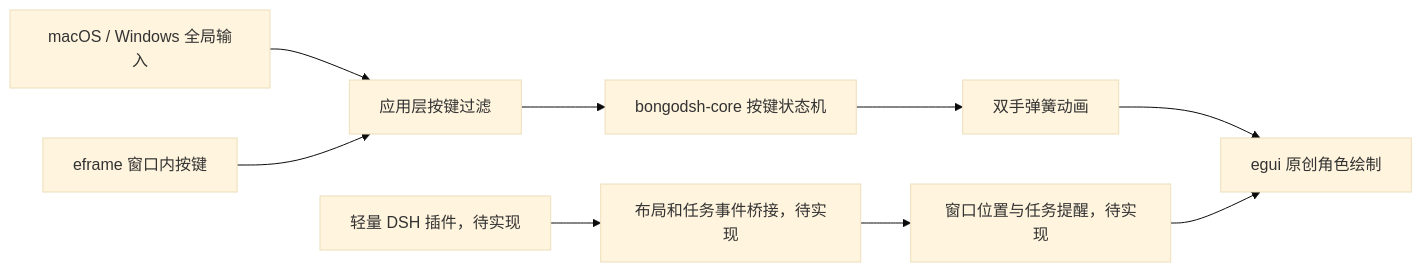
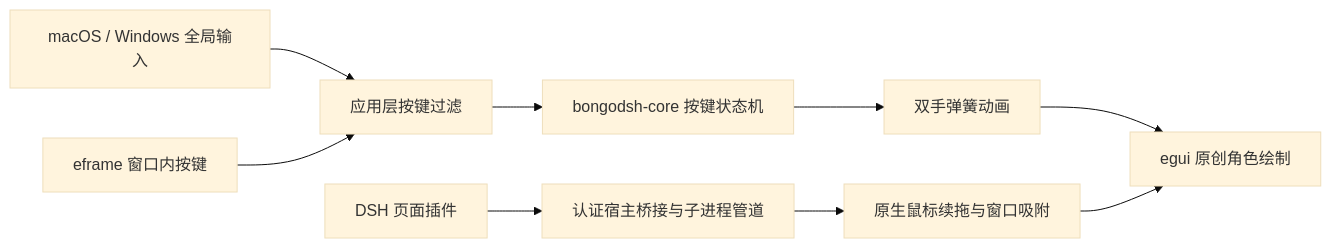
The diagram in docs/project-baseline.md (PetalEcho/BongoDSH), drawn with Mermaid (base theme) before and after one commit. The commit also changed other lines of this file and 37 other files, not shown here.

````diff
--- a/docs/project-baseline.md
+++ b/docs/project-baseline.md
@@ -46,11 +46,11 @@
 ```mermaid
 flowchart LR
     Native[macOS / Windows 全局输入] --> Input[应用层按键过滤]
     Window[eframe 窗口内按键] --> Input
-    DSH[轻量 DSH 插件，待实现] --> Bridge[布局和任务事件桥接，待实现]
+    DSH[DSH 页面插件] --> Bridge[认证宿主桥接与子进程管道]
     Input --> Core[bongodsh-core 按键状态机]
     Core --> Motion[双手弹簧动画]
     Motion --> Render[egui 原创角色绘制]
-    Bridge --> Shell[窗口位置与任务提醒，待实现]
+    Bridge --> Shell[原生鼠标续拖与窗口吸附]
     Shell --> Render
 ```
````
